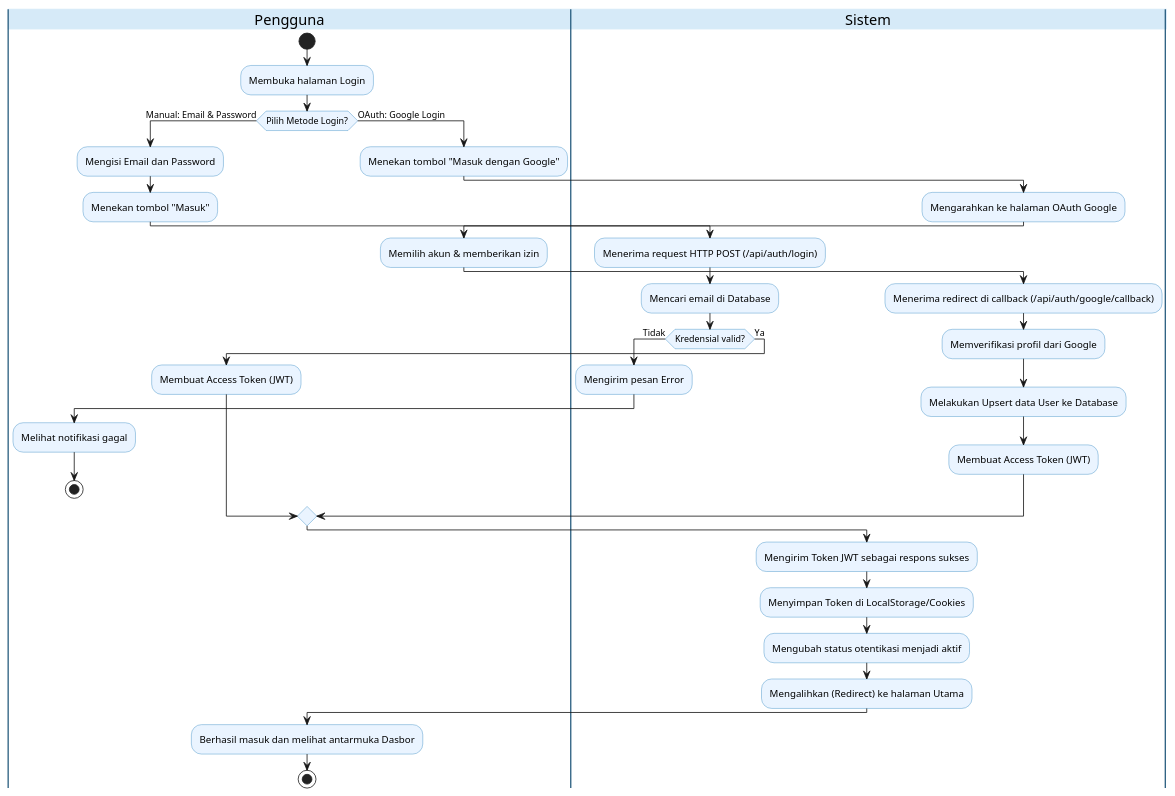
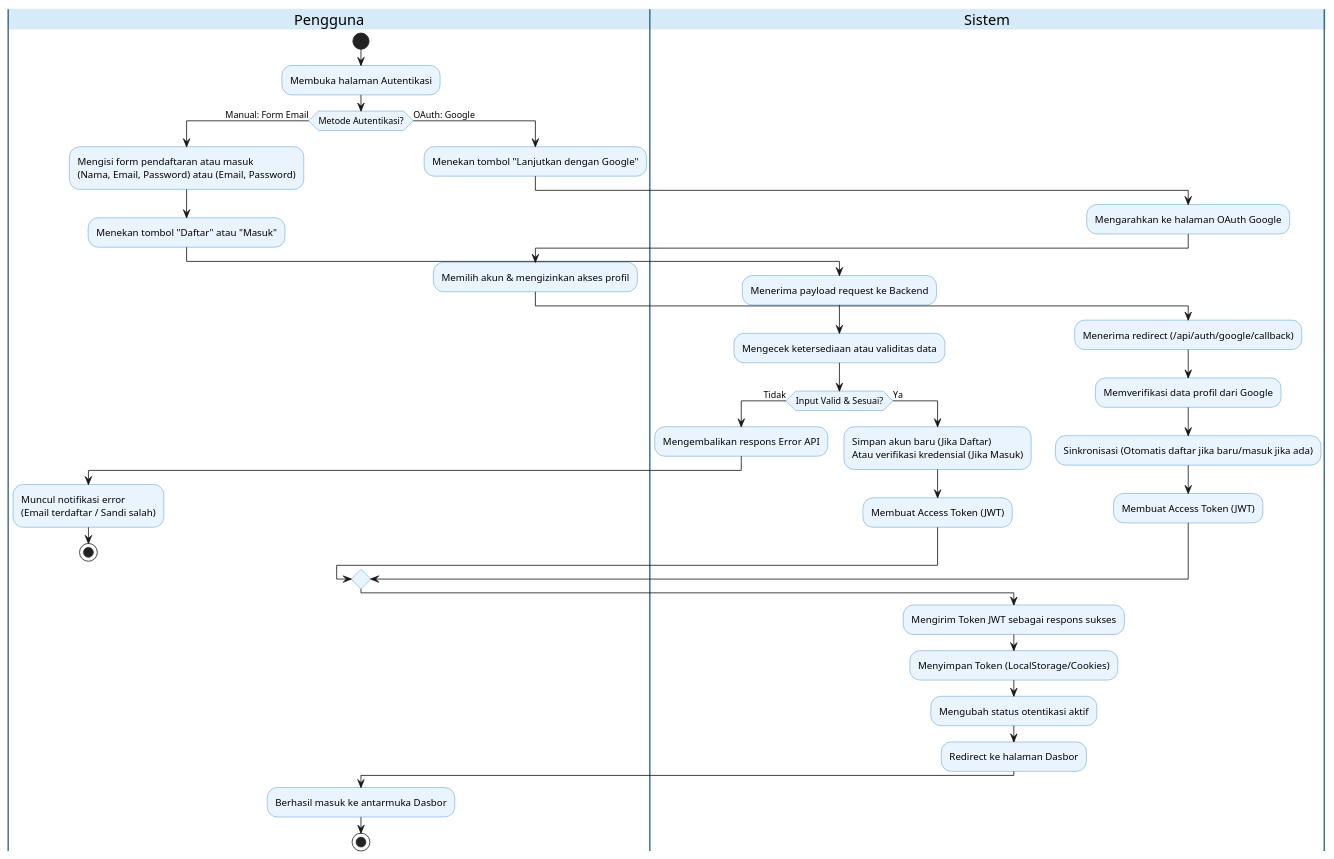
The first of 11 diagrams in activity_diagram.md (FAJRIKUN-MAKALALAG/Backend-aicode), drawn with PlantUML before and after one commit. The commit also changed other lines of this file and 1 other file, not shown here.

Commit message:
perbaiki fetch data untuk admin panel kuesioner

````diff
--- a/activity_diagram.md
+++ b/activity_diagram.md
@@ -49,54 +9,59 @@
 ```plantuml
-@startuml Activity_Login
+@startuml Activity_Autentikasi
 skinparam backgroundColor #FFFFFF
 skinparam ActivityBackgroundColor #EAF4FF
 skinparam ActivityBorderColor #2E86C1
 skinparam SwimlaneBorderColor #1A5276
 skinparam SwimlaneTitleBackgroundColor #D6EAF8
 
 |Pengguna|
 start
-:Membuka halaman Login;
-if (Pilih Metode Login?) then (Manual: Email & Password)
-  :Mengisi Email dan Password;
-  :Menekan tombol "Masuk";
+:Membuka halaman Autentikasi;
+if (Metode Autentikasi?) then (Manual: Form Email)
+  :Mengisi form pendaftaran atau masuk
+  (Nama, Email, Password) atau (Email, Password);
+  :Menekan tombol "Daftar" atau "Masuk";
 
   |Sistem|
-  :Menerima request HTTP POST (/api/auth/login);
-  :Mencari email di Database;
-  if (Kredensial valid?) then (Tidak)
-    :Mengirim pesan Error;
+  :Menerima payload request ke Backend;
+  :Mengecek ketersediaan atau validitas data;
+  if (Input Valid & Sesuai?) then (Tidak)
+    :Mengembalikan respons Error API;
     |Pengguna|
-    :Melihat notifikasi gagal;
+    :Muncul notifikasi error
+    (Email terdaftar / Sandi salah);
     stop
   else (Ya)
+    |Sistem|
+    :Simpan akun baru (Jika Daftar)
+    Atau verifikasi kredensial (Jika Masuk);
     :Membuat Access Token (JWT);
   endif
-else (OAuth: Google Login)
+else (OAuth: Google)
   |Pengguna|
-  :Menekan tombol "Masuk dengan Google";
+  :Menekan tombol "Lanjutkan dengan Google";
 
   |Sistem|
   :Mengarahkan ke halaman OAuth Google;
 
   |Pengguna|
-  :Memilih akun & memberikan izin;
+  :Memilih akun & mengizinkan akses profil;
 
   |Sistem|
-  :Menerima redirect di callback (/api/auth/google/callback);
-  :Memverifikasi profil dari Google;
-  :Melakukan Upsert data User ke Database;
+  :Menerima redirect (/api/auth/google/callback);
+  :Memverifikasi data profil dari Google;
+  :Sinkronisasi (Otomatis daftar jika baru/masuk jika ada);
   :Membuat Access Token (JWT);
 endif
 
 |Sistem|
 :Mengirim Token JWT sebagai respons sukses;
-:Menyimpan Token di LocalStorage/Cookies;
-:Mengubah status otentikasi menjadi aktif;
-:Mengalihkan (Redirect) ke halaman Utama;
+:Menyimpan Token (LocalStorage/Cookies);
+:Mengubah status otentikasi aktif;
+:Redirect ke halaman Dasbor;
 
 |Pengguna|
-:Berhasil masuk dan melihat antarmuka Dasbor;
+:Berhasil masuk ke antarmuka Dasbor;
 stop
 @enduml
 ```
````
